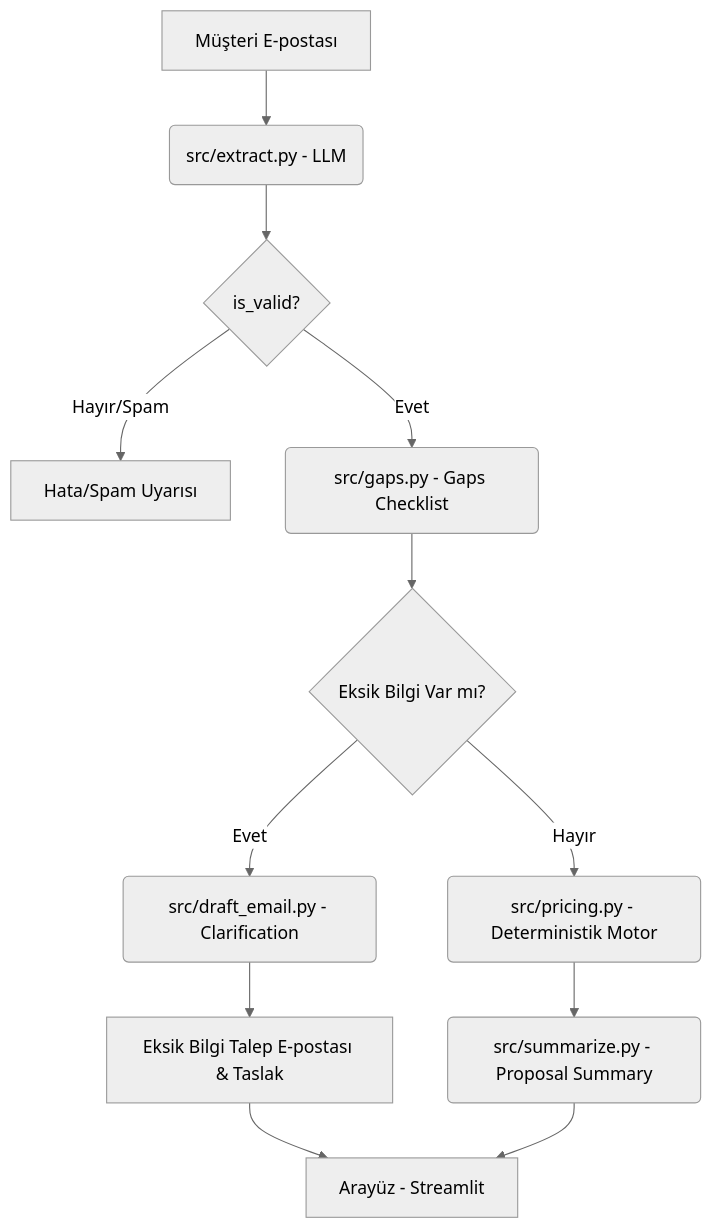
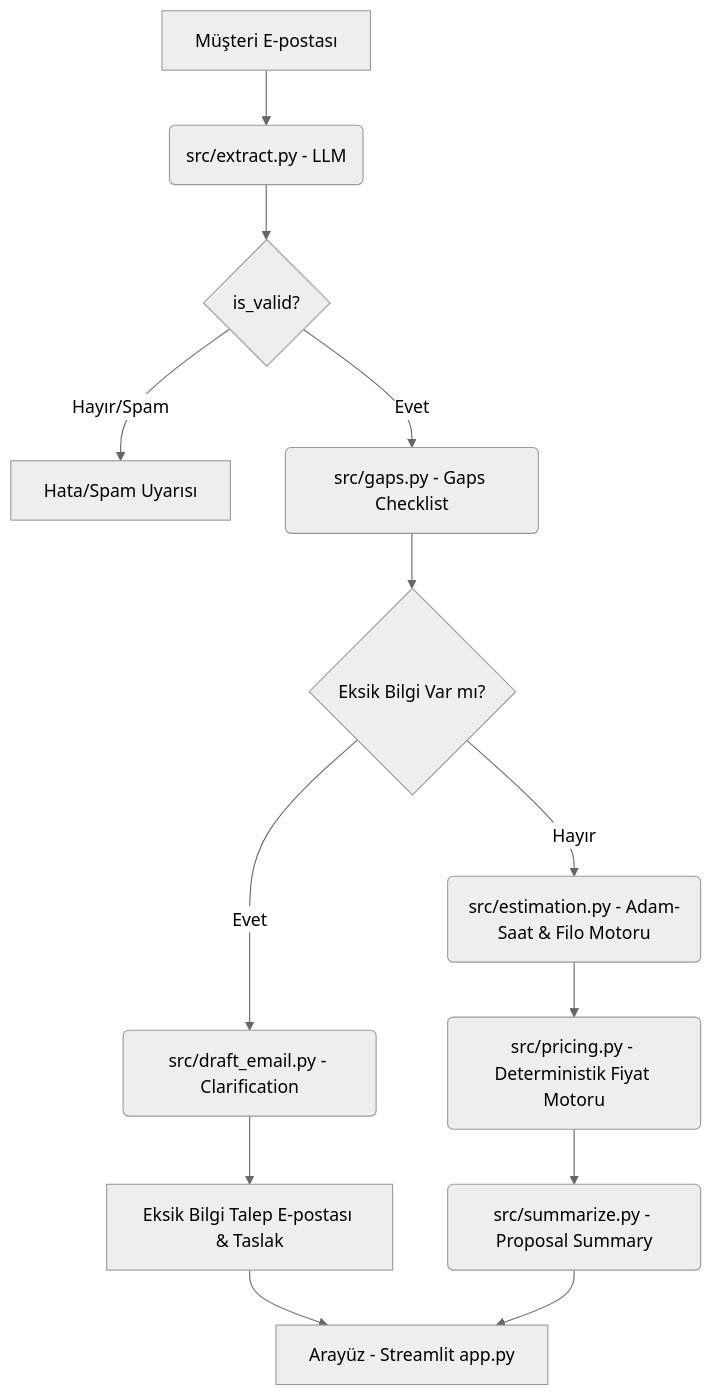
Before and after one commit to selimbilic/teklif-sim: the diagram in docs/report.md, drawn with Mermaid (neutral theme). The commit also changed other lines of this file and 23 other files, not shown here.

````diff
--- a/docs/report.md
+++ b/docs/report.md
@@ -11,14 +11,15 @@
 ```mermaid
 graph TD
     A[Müşteri E-postası] --> B(src/extract.py - LLM)
     B --> C{is_valid?}
     C -- Hayır/Spam --> D[Hata/Spam Uyarısı]
     C -- Evet --> E(src/gaps.py - Gaps Checklist)
     E --> F{Eksik Bilgi Var mı?}
     F -- Evet --> G(src/draft_email.py - Clarification)
-    F -- Hayır --> H(src/pricing.py - Deterministik Motor)
-    G --> I[Eksik Bilgi Talep E-postası & Taslak]
-    H --> J(src/summarize.py - Proposal Summary)
-    I --> K[Arayüz - Streamlit]
-    J --> K
+    F -- Hayır --> H(src/estimation.py - Adam-Saat & Filo Motoru)
+    H --> I(src/pricing.py - Deterministik Fiyat Motoru)
+    G --> J[Eksik Bilgi Talep E-postası & Taslak]
+    I --> K(src/summarize.py - Proposal Summary)
+    J --> L[Arayüz - Streamlit app.py]
+    K --> L
 ```
````
